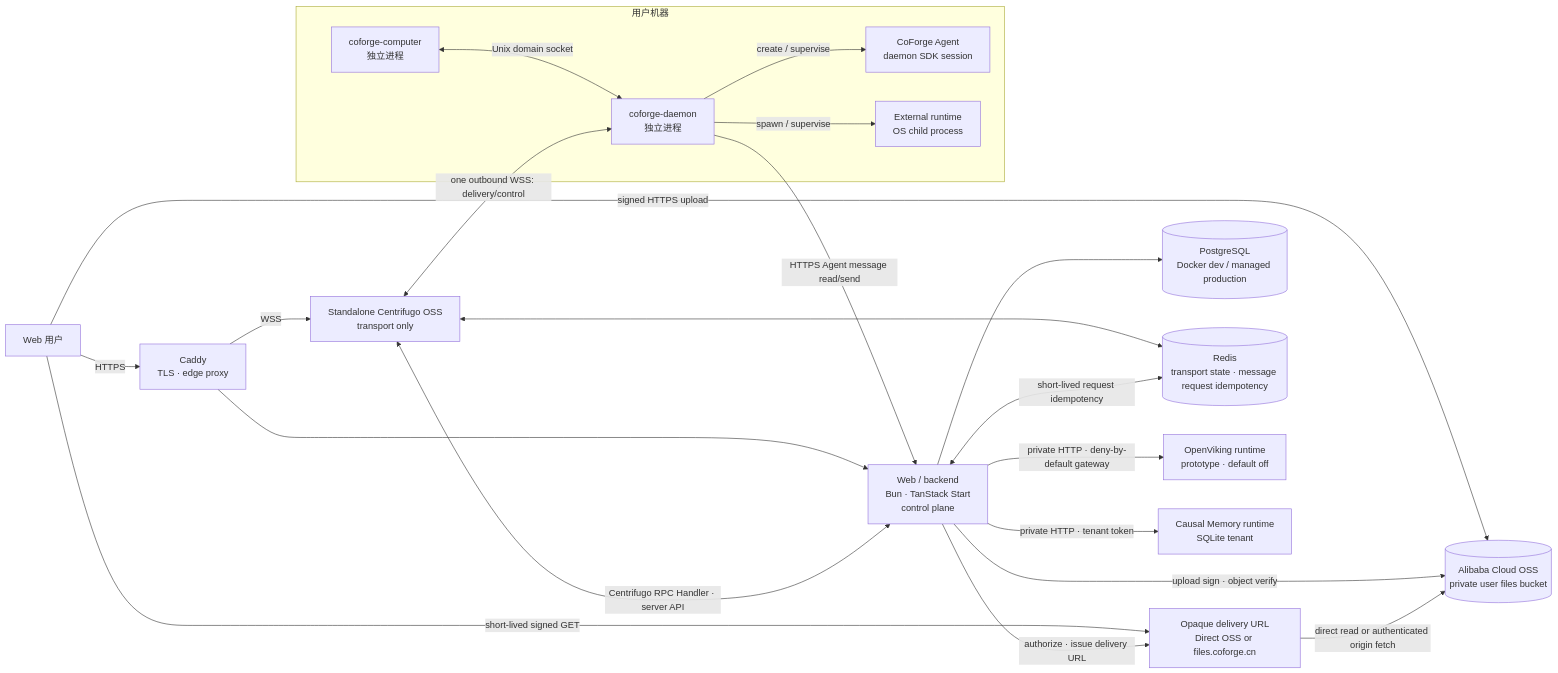
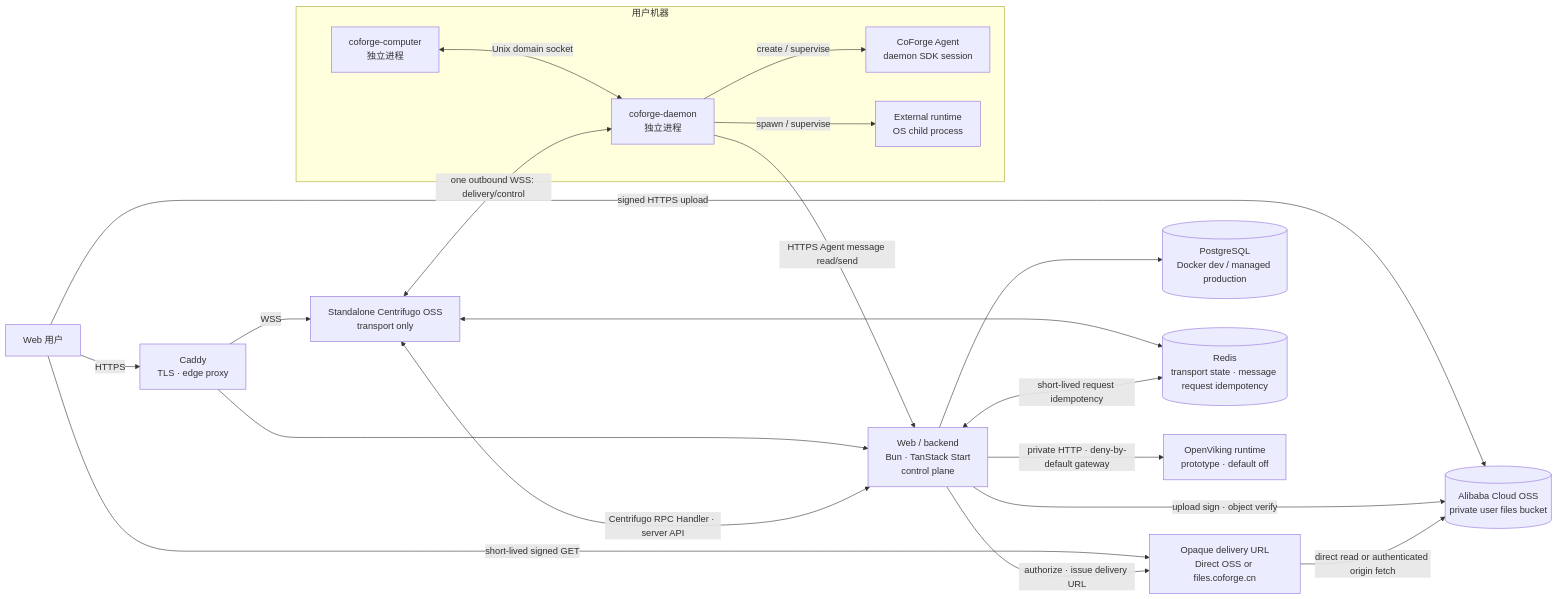
One commit to LRM-Teams/coforge changed the diagram in docs/architecture.md. Above: the diagram before and after it, drawn with Mermaid. The commit also changed other lines of this file and 99 other files, not shown here.

````diff
--- a/docs/architecture.md
+++ b/docs/architecture.md
@@ -25,31 +25,30 @@
 ```mermaid
 flowchart LR
     User[Web 用户] -->|HTTPS| Caddy[Caddy<br/>TLS · edge proxy]
     User -->|signed HTTPS upload| OSS[(Alibaba Cloud OSS<br/>private user files bucket)]
     User -->|short-lived signed GET| Delivery[Opaque delivery URL<br/>Direct OSS or files.coforge.cn]
     Caddy -->|WSS| Realtime[Standalone Centrifugo OSS<br/>transport only]
     Caddy --> Web[Web / backend<br/>Bun · TanStack Start<br/>control plane]
     Web --> DB[(PostgreSQL<br/>Docker dev / managed production)]
     Web -->|upload sign · object verify| OSS
     Web -->|authorize · issue delivery URL| Delivery
     Delivery -->|direct read or authenticated origin fetch| OSS
     Web <-->|Centrifugo RPC Handler · server API| Realtime
     Realtime <--> Redis[(Redis<br/>transport state · message request idempotency)]
     Web <-->|short-lived request idempotency| Redis
     Web -->|private HTTP · deny-by-default gateway| OV[OpenViking runtime<br/>prototype · default off]
-    Web -->|private HTTP · tenant token| CM[Causal Memory runtime<br/>SQLite tenant]
 
     subgraph Host[用户机器]
         Computer[coforge-computer<br/>独立进程]
         Daemon[coforge-daemon<br/>独立进程]
         Agent1[CoForge Agent<br/>daemon SDK session]
         Agent2[External runtime<br/>OS child process]
 
         Computer <-->|Unix domain socket| Daemon
         Daemon -->|create / supervise| Agent1
         Daemon -->|spawn / supervise| Agent2
     end
 
     Realtime <-->|one outbound WSS: delivery/control| Daemon
     Daemon -->|HTTPS Agent message read/send| Web
 ```
````
